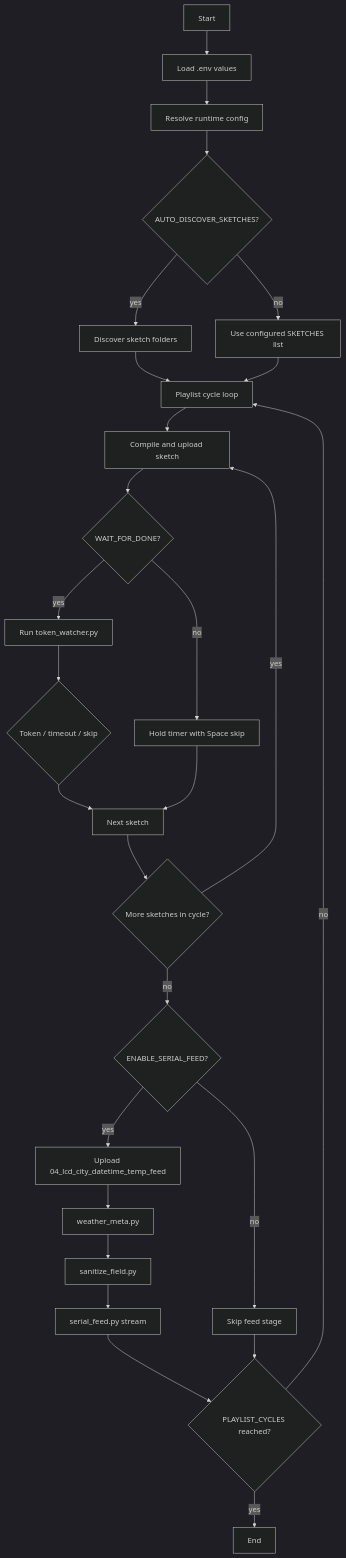
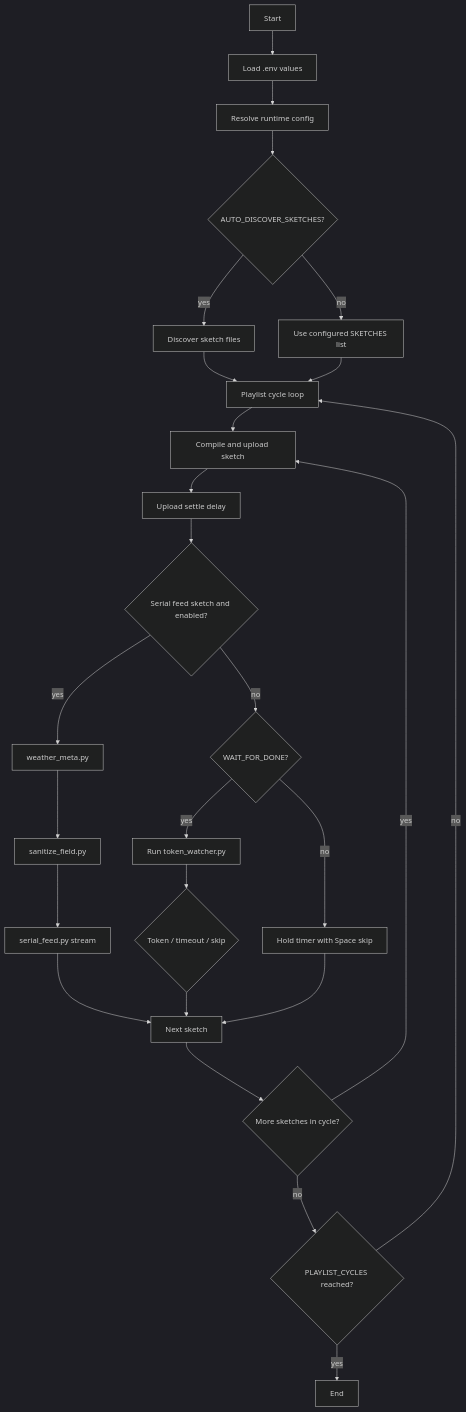
Before and after one commit to angelcamach0/embedded-lcd-lab: the diagram in docs/codeflows/scripts_run_playlist.md, drawn with Mermaid (dark theme). The commit also changed 7 other files, not shown here.

Commit message:
Refresh Mermaid codeflow diagrams and add compile script flow

````diff
--- a/docs/codeflows/scripts_run_playlist.md
+++ b/docs/codeflows/scripts_run_playlist.md
@@ -11,29 +11,28 @@
 ```mermaid
 flowchart TD
   A[Start] --> B[Load .env values]
   B --> C[Resolve runtime config]
   C --> D{AUTO_DISCOVER_SKETCHES?}
-  D -->|yes| E[Discover sketch folders]
+  D -->|yes| E[Discover sketch files]
   D -->|no| F[Use configured SKETCHES list]
   E --> G[Playlist cycle loop]
   F --> G
   G --> H[Compile and upload sketch]
-  H --> I{WAIT_FOR_DONE?}
+  H --> HS[Upload settle delay]
+  HS --> SF{Serial feed sketch and enabled?}
+  SF -->|yes| SM[weather_meta.py]
+  SM --> SN[sanitize_field.py]
+  SN --> SO[serial_feed.py stream]
+  SO --> L[Next sketch]
+  SF -->|no| I{WAIT_FOR_DONE?}
   I -->|yes| J[Run token_watcher.py]
   J --> K{Token / timeout / skip}
   K --> L[Next sketch]
   I -->|no| M[Hold timer with Space skip]
   M --> L
   L --> N{More sketches in cycle?}
   N -->|yes| H
-  N -->|no| O{ENABLE_SERIAL_FEED?}
-  O -->|yes| P[Upload 04_lcd_city_datetime_temp_feed]
-  P --> Q[weather_meta.py]
-  Q --> R[sanitize_field.py]
-  R --> S[serial_feed.py stream]
-  O -->|no| T[Skip feed stage]
-  S --> U{PLAYLIST_CYCLES reached?}
-  T --> U
+  N -->|no| U{PLAYLIST_CYCLES reached?}
   U -->|no| G
   U -->|yes| V[End]
 ```
````
